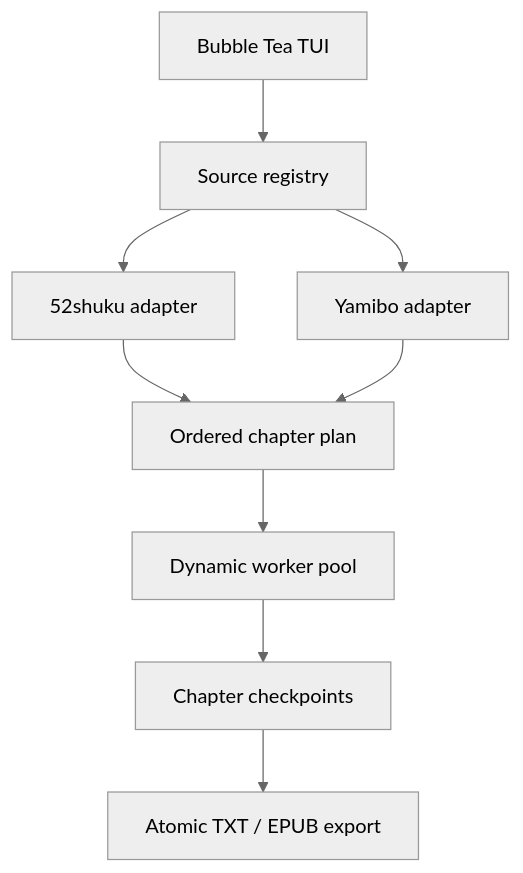
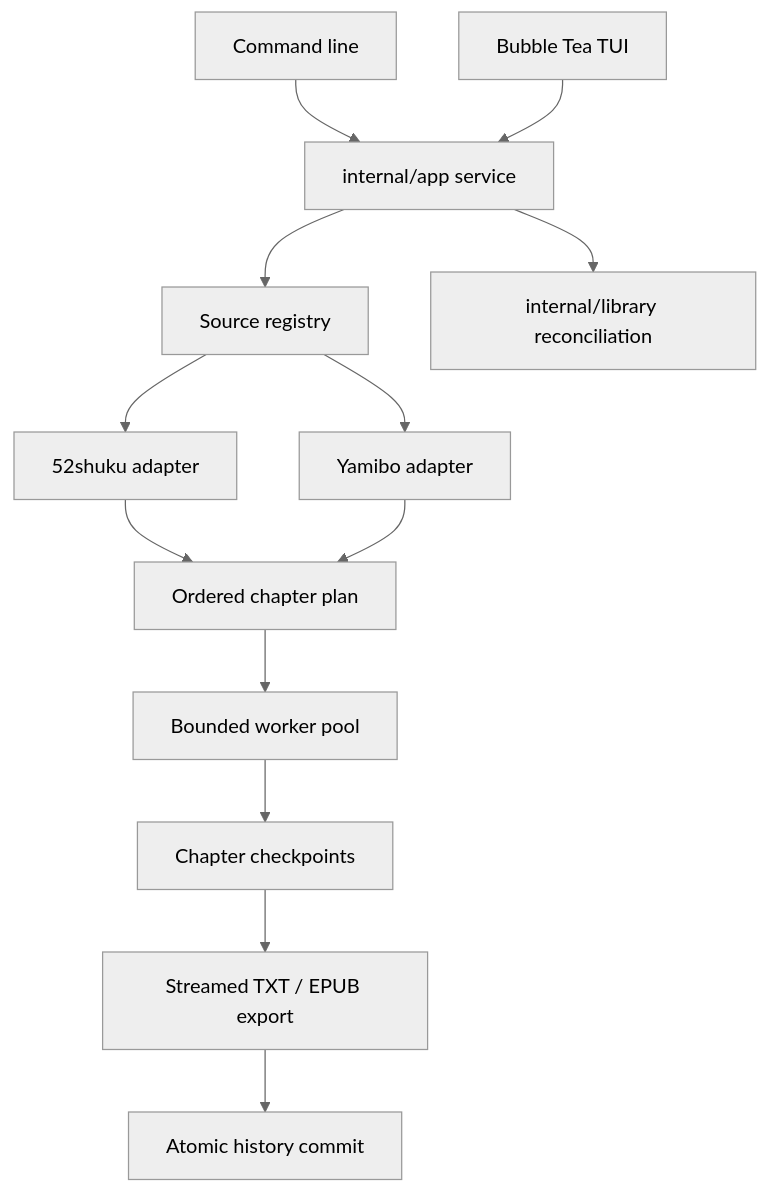
Before and after one commit to Eurekaimer/yuri_scraper: the first of 2 diagrams in ARCHITECTURE.md, drawn with Mermaid (neutral theme). The commit also changed other lines of this file and 56 other files, not shown here.

````diff
--- a/ARCHITECTURE.md
+++ b/ARCHITECTURE.md
@@ -9,11 +11,15 @@
 ```mermaid
 flowchart TD
-    TUI["Bubble Tea TUI"] --> Registry["Source registry"]
+    CLI["Command line"] --> App["internal/app service"]
+    TUI["Bubble Tea TUI"] --> App
+    App --> Registry["Source registry"]
     Registry --> S52["52shuku adapter"]
     Registry --> Yamibo["Yamibo adapter"]
     S52 --> Plan["Ordered chapter plan"]
     Yamibo --> Plan
-    Plan --> Pool["Dynamic worker pool"]
+    Plan --> Pool["Bounded worker pool"]
     Pool --> Cache["Chapter checkpoints"]
-    Cache --> Export["Atomic TXT / EPUB export"]
+    Cache --> Export["Streamed TXT / EPUB export"]
+    Export --> History["Atomic history commit"]
+    App --> Library["internal/library reconciliation"]
 ```
````
